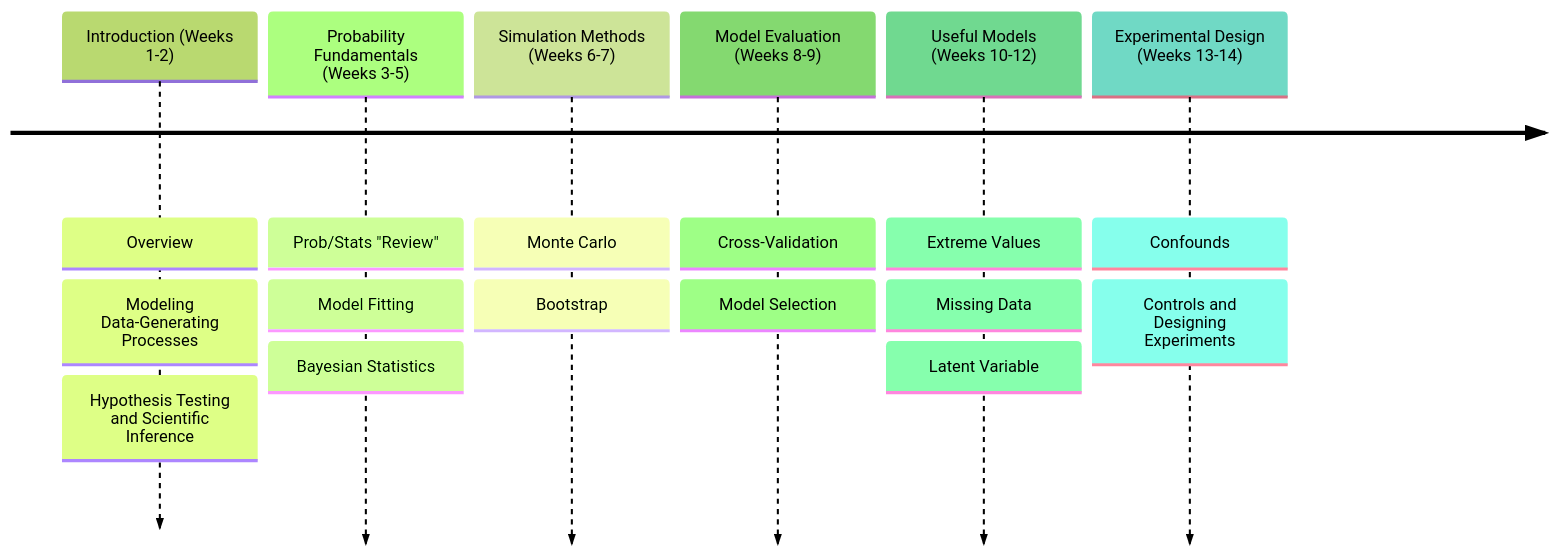
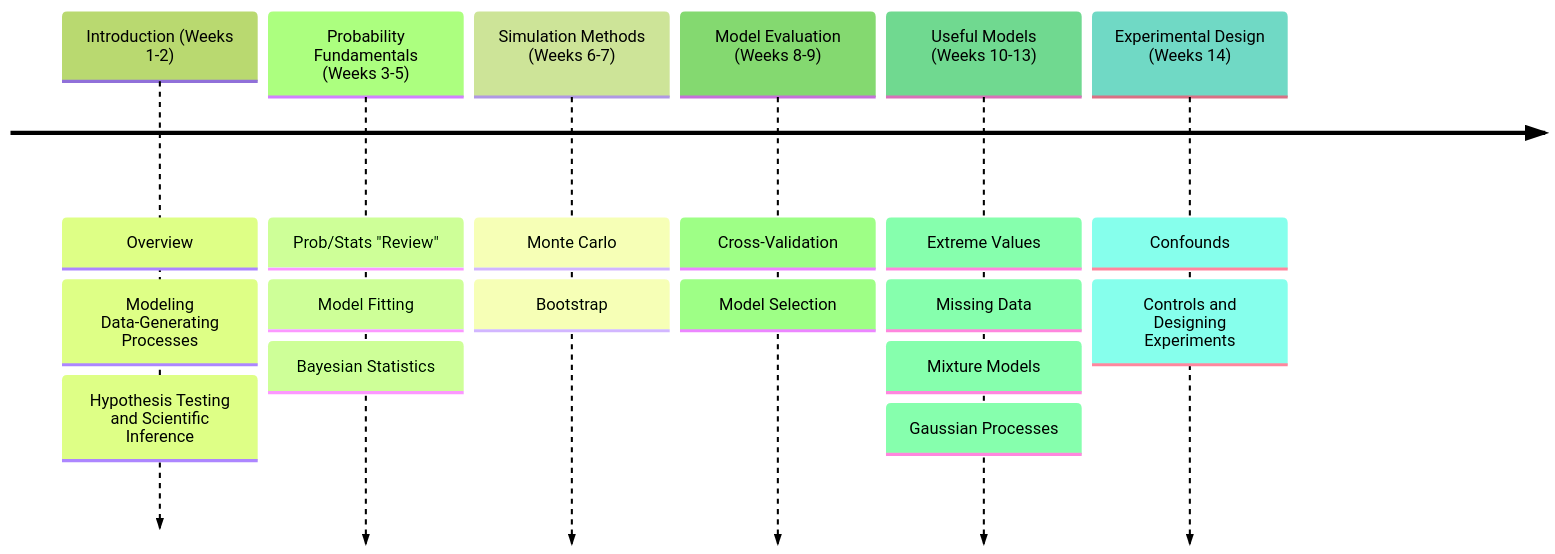
Before and after one commit to vsrikrish/simulation-eda: the diagram in slides/lecture01-1-intro.qmd, drawn with Mermaid (forest theme). The commit also changed other lines of this file and 68 other files, not shown here.

````diff
--- a/slides/lecture01-1-intro.qmd
+++ b/slides/lecture01-1-intro.qmd
@@ -192,19 +230,20 @@
 ```{mermaid}
 timeline
       Introduction (Weeks 1-2): Overview
                   : Modeling Data-Generating Processes
                   : Hypothesis Testing and Scientific Inference
       Probability Fundamentals (Weeks 3-5): Prob/Stats "Review"
                               : Model Fitting
                               : Bayesian Statistics
       Simulation Methods (Weeks 6-7): Monte Carlo
                                     : Bootstrap
       Model Evaluation (Weeks 8-9): Cross-Validation
                       : Model Selection
-      Useful Models (Weeks 10-12): Extreme Values
+      Useful Models (Weeks 10-13): Extreme Values
                                  : Missing Data
-                                 : Latent Variable
-      Experimental Design (Weeks 13-14): Confounds
+                                 : Mixture Models
+                                 : Gaussian Processes
+      Experimental Design (Weeks 14): Confounds
                                        : Controls and Designing Experiments
 
 ```
````
